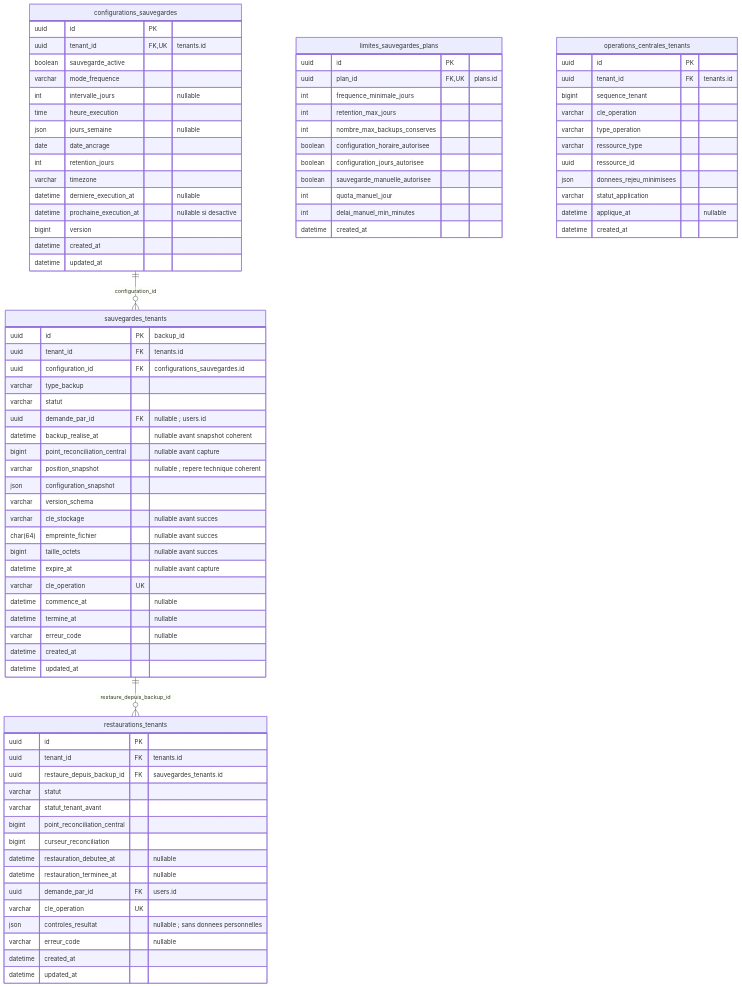
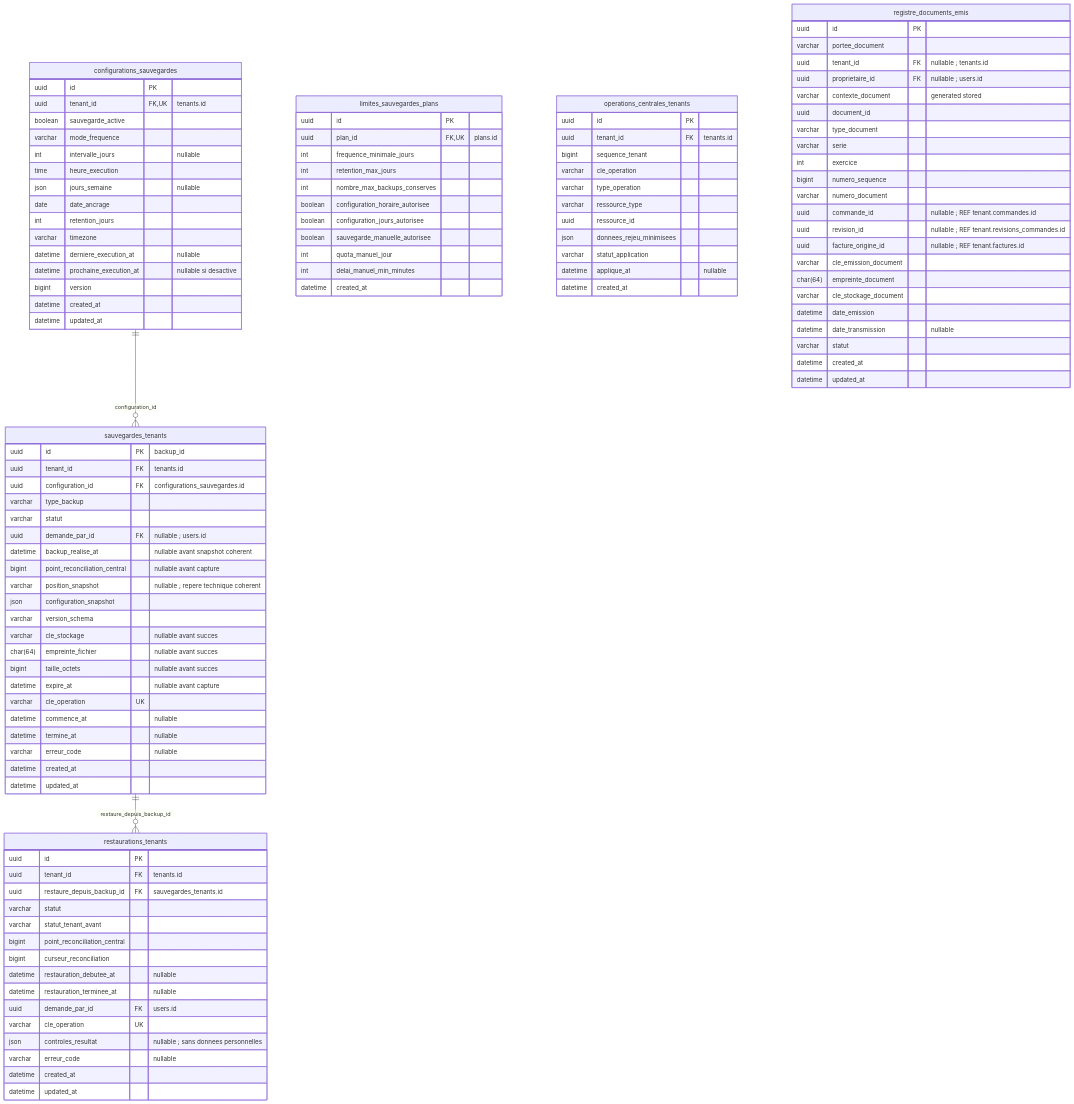
Before and after one commit to unitealfa/saas-ecom: diagram 12 of 37 in Schema-BDD-SaaS-Ecommerce-UUID.md, drawn with Mermaid. The commit also changed other lines of this file, not shown here.

````diff
--- a/Schema-BDD-SaaS-Ecommerce-UUID.md
+++ b/Schema-BDD-SaaS-Ecommerce-UUID.md
@@ -869,6 +870,30 @@
         datetime applique_at "nullable"
         datetime created_at
     }
+    registre_documents_emis {
+        uuid id PK
+        varchar portee_document
+        uuid tenant_id FK "nullable ; tenants.id"
+        uuid proprietaire_id FK "nullable ; users.id"
+        varchar contexte_document "generated stored"
+        uuid document_id
+        varchar type_document
+        varchar serie
+        int exercice
+        bigint numero_sequence
+        varchar numero_document
+        uuid commande_id "nullable ; REF tenant.commandes.id"
+        uuid revision_id "nullable ; REF tenant.revisions_commandes.id"
+        uuid facture_origine_id "nullable ; REF tenant.factures.id"
+        varchar cle_emission_document
+        char(64) empreinte_document
+        varchar cle_stockage_document
+        datetime date_emission
+        datetime date_transmission "nullable"
+        varchar statut
+        datetime created_at
+        datetime updated_at
+    }
     configurations_sauvegardes ||--o{ sauvegardes_tenants : configuration_id
     sauvegardes_tenants ||--o{ restaurations_tenants : restaure_depuis_backup_id
 ```
````
